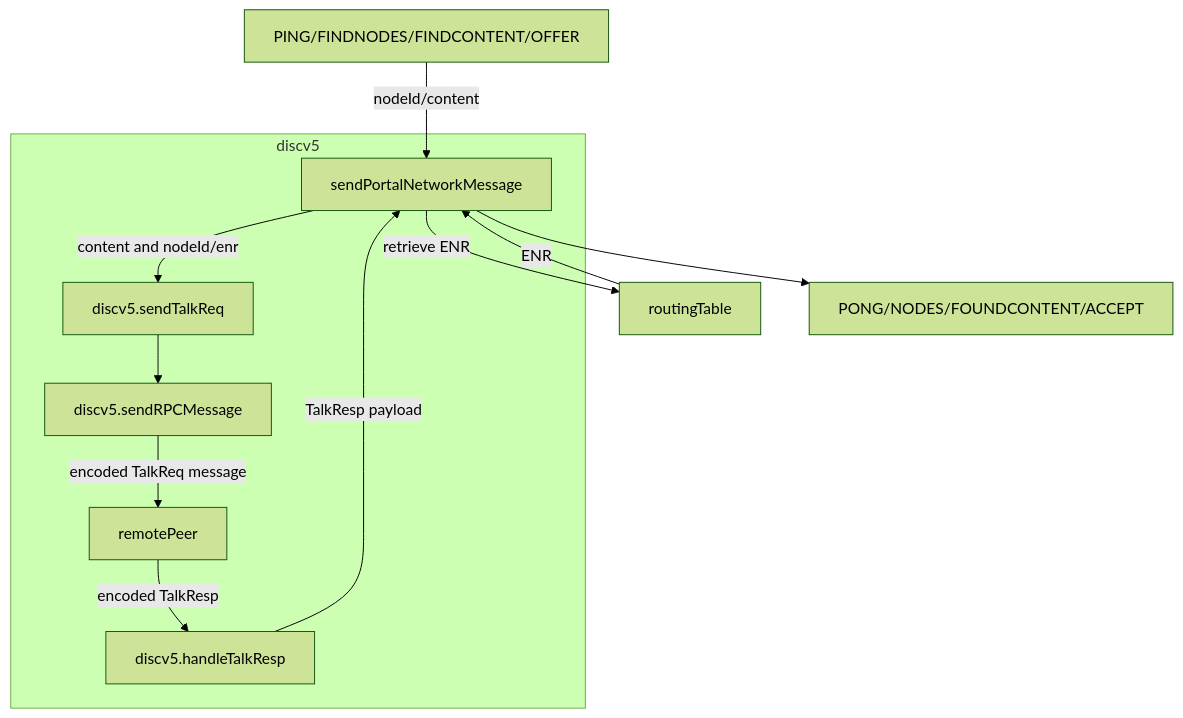
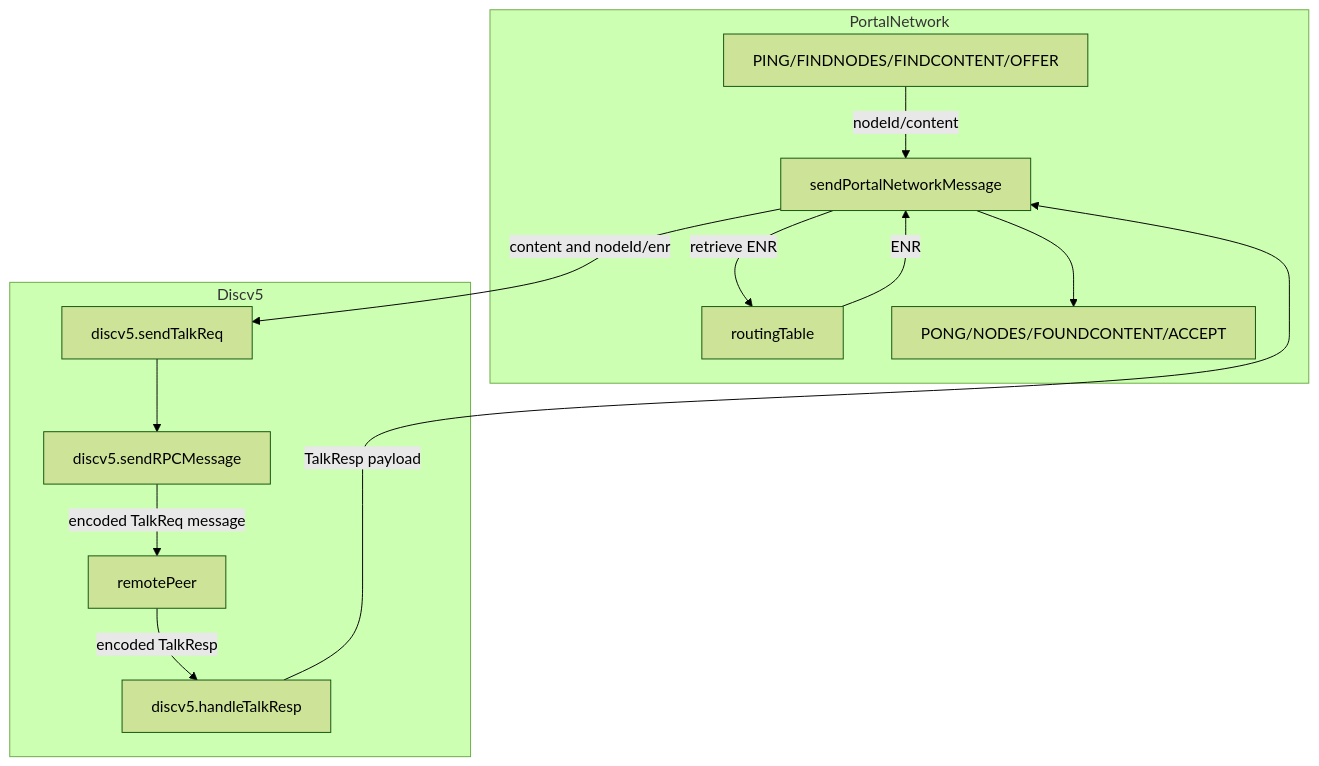
The fourth of 4 diagrams in packages/portalnetwork/ARCHITECTURE.md (ethereumjs/ultralight), drawn with Mermaid (forest theme) before and after one commit.

Commit message:
Message lifecycle rework

````diff
--- a/packages/portalnetwork/ARCHITECTURE.md
+++ b/packages/portalnetwork/ARCHITECTURE.md
@@ -45,14 +45,17 @@
 ```mermaid
     graph TD
+        subgraph PortalNetwork
         PING/FINDNODES/FINDCONTENT/OFFER--nodeId/content --> sendPortalNetworkMessage
         sendPortalNetworkMessage--retrieve ENR --> routingTable
         routingTable--ENR --> sendPortalNetworkMessage
-        subgraph discv5
-        sendPortalNetworkMessage--content and nodeId/enr --> discv5.sendTalkReq
+        sendPortalNetworkMessage --> PONG/NODES/FOUNDCONTENT/ACCEPT
+        end
+        subgraph Discv5
+                sendPortalNetworkMessage--content and nodeId/enr --> discv5.sendTalkReq
         discv5.sendTalkReq --> discv5.sendRPCMessage
         discv5.sendRPCMessage--encoded TalkReq message --> remotePeer
         remotePeer--encoded TalkResp --> discv5.handleTalkResp
         discv5.handleTalkResp--TalkResp payload--> sendPortalNetworkMessage
         end
-        sendPortalNetworkMessage --> PONG/NODES/FOUNDCONTENT/ACCEPT
+        
 ```
````
